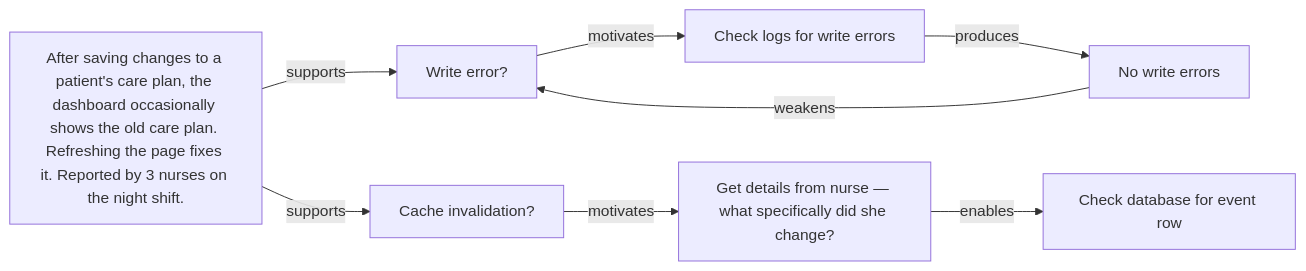
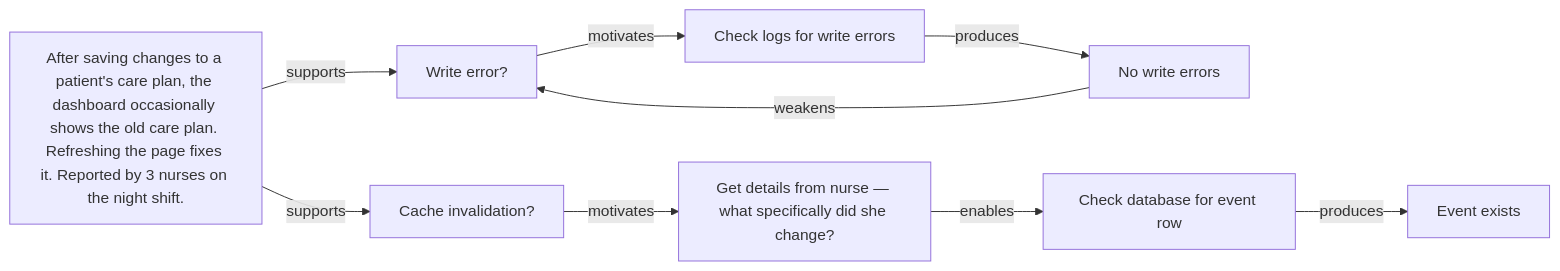
Before and after one commit to kahunacohen/why: the diagram in diagrams/bug.mmd, drawn with Mermaid.

```diff
--- a/diagrams/bug.mmd
+++ b/diagrams/bug.mmd
@@ -1,25 +1,28 @@
 %% Bug report: After saving changes to a patient's care plan, the dashboard occasionally shows the old care plan. Refreshing the page fixes it. Reported by 3 nurses on the night shift.
 %% Root cause: The care plan save endpoint updates a care_plan_notes table but doesn't touch the main care_plans record. The cache invalidation job checks care_plans.updated_at to decide what to evict. Since that timestamp never changes, the job skips it, and the cache keeps
 %% serving the old care plan.
 
 flowchart LR
 
 B1["After saving changes to a patient's care plan, the dashboard occasionally shows the old care plan. Refreshing the page fixes it. Reported by 3 nurses on the night shift."]
 H1["Write error?"]
 H2["Cache invalidation?"]
 
 B1 --> |supports| H1
 B1 --> |supports| H2
 
 A1["Check logs for write errors"]
 H1 --> |motivates| A1
 
 O1["No write errors"]
 A1 --> |produces| O1
 O1 --> |weakens| H1
 
 H2--> |motivates| A2
 
 A2["Get details from nurse — what specifically did she change?"]
 A3["Check database for event row"]
 A2 --> |enables| A3 
+
+O2["Event exists"]
+A3 --> |produces| O2
```
